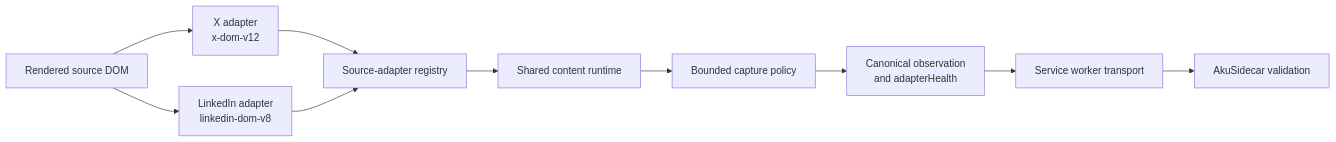
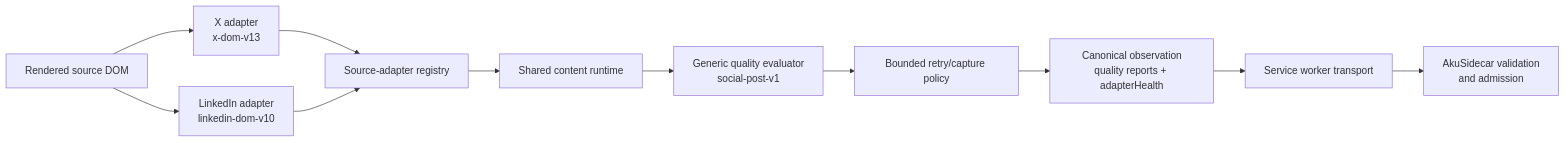
Before and after one commit to abangkis/AkuBridge: the diagram in README.md, drawn with Mermaid. The commit also changed other lines of this file and 17 other files, not shown here.

Commit message:
feat: add generic capture quality evaluation

````diff
--- a/README.md
+++ b/README.md
@@ -11,12 +11,13 @@
 ```mermaid
 flowchart LR
-    DOM["Rendered source DOM"] --> XA["X adapter<br/>x-dom-v12"]
-    DOM --> LA["LinkedIn adapter<br/>linkedin-dom-v8"]
+    DOM["Rendered source DOM"] --> XA["X adapter<br/>x-dom-v13"]
+    DOM --> LA["LinkedIn adapter<br/>linkedin-dom-v10"]
     XA --> R["Source-adapter registry"]
     LA --> R
     R --> C["Shared content runtime"]
-    C --> P["Bounded capture policy"]
-    P --> O["Canonical observation<br/>and adapterHealth"]
+    C --> Q["Generic quality evaluator<br/>social-post-v1"]
+    Q --> P["Bounded retry/capture policy"]
+    P --> O["Canonical observation<br/>quality reports + adapterHealth"]
     O --> SW["Service worker transport"]
-    SW --> S["AkuSidecar validation"]
+    SW --> S["AkuSidecar validation<br/>and admission"]
 ```
````
